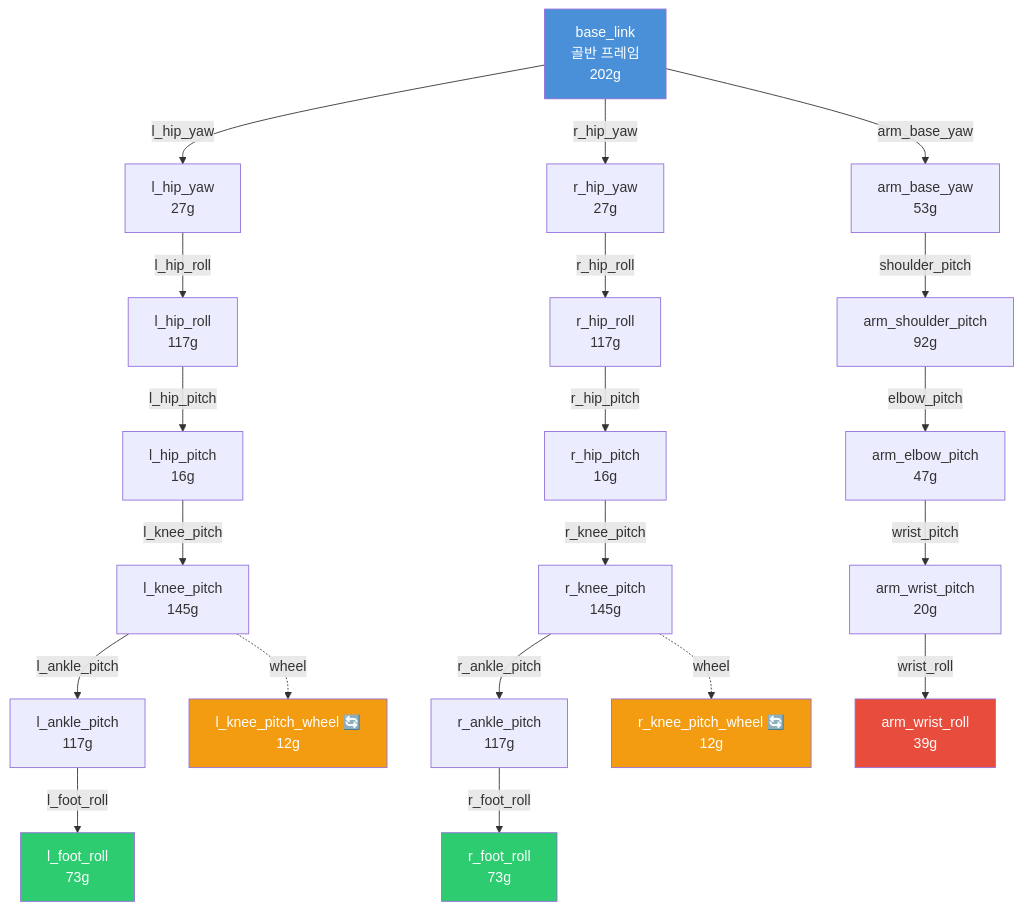
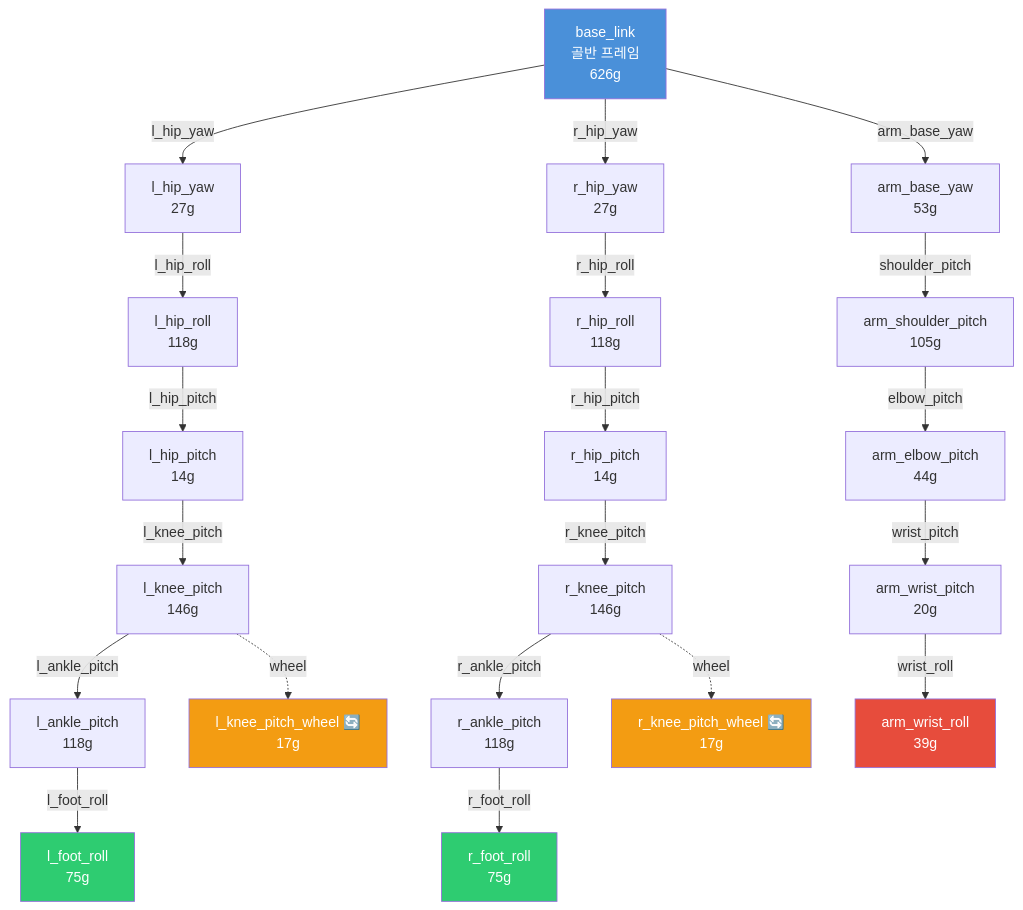
One commit to Do-ng-woo/biped_bike_robot changed the diagram in README.md. Above: the diagram before and after it, drawn with Mermaid. The commit also changed other lines of this file and 27 other files, not shown here.

````diff
--- a/README.md
+++ b/README.md
@@ -199,33 +353,33 @@
 ```mermaid
 graph TD
-    B["base_link<br/>골반 프레임<br/>202g"]
+    B["base_link<br/>골반 프레임<br/>626g"]
 
     B -->|l_hip_yaw| LHY["l_hip_yaw<br/>27g"]
-    LHY -->|l_hip_roll| LHR["l_hip_roll<br/>117g"]
-    LHR -->|l_hip_pitch| LHP["l_hip_pitch<br/>16g"]
-    LHP -->|l_knee_pitch| LK["l_knee_pitch<br/>145g"]
-    LK -->|l_ankle_pitch| LA["l_ankle_pitch<br/>117g"]
-    LA -->|l_foot_roll| LF["l_foot_roll<br/>73g"]
-    LK -.->|wheel| LKW["l_knee_pitch_wheel 🔄<br/>12g"]
+    LHY -->|l_hip_roll| LHR["l_hip_roll<br/>118g"]
+    LHR -->|l_hip_pitch| LHP["l_hip_pitch<br/>14g"]
+    LHP -->|l_knee_pitch| LK["l_knee_pitch<br/>146g"]
+    LK -->|l_ankle_pitch| LA["l_ankle_pitch<br/>118g"]
+    LA -->|l_foot_roll| LF["l_foot_roll<br/>75g"]
+    LK -.->|wheel| LKW["l_knee_pitch_wheel 🔄<br/>17g"]
 
     B -->|r_hip_yaw| RHY["r_hip_yaw<br/>27g"]
-    RHY -->|r_hip_roll| RHR["r_hip_roll<br/>117g"]
-    RHR -->|r_hip_pitch| RHP["r_hip_pitch<br/>16g"]
-    RHP -->|r_knee_pitch| RK["r_knee_pitch<br/>145g"]
-    RK -->|r_ankle_pitch| RA["r_ankle_pitch<br/>117g"]
-    RA -->|r_foot_roll| RF["r_foot_roll<br/>73g"]
-    RK -.->|wheel| RKW["r_knee_pitch_wheel 🔄<br/>12g"]
+    RHY -->|r_hip_roll| RHR["r_hip_roll<br/>118g"]
+    RHR -->|r_hip_pitch| RHP["r_hip_pitch<br/>14g"]
+    RHP -->|r_knee_pitch| RK["r_knee_pitch<br/>146g"]
+    RK -->|r_ankle_pitch| RA["r_ankle_pitch<br/>118g"]
+    RA -->|r_foot_roll| RF["r_foot_roll<br/>75g"]
+    RK -.->|wheel| RKW["r_knee_pitch_wheel 🔄<br/>17g"]
 
     B -->|arm_base_yaw| ABY["arm_base_yaw<br/>53g"]
-    ABY -->|shoulder_pitch| ASP["arm_shoulder_pitch<br/>92g"]
-    ASP -->|elbow_pitch| AEP["arm_elbow_pitch<br/>47g"]
+    ABY -->|shoulder_pitch| ASP["arm_shoulder_pitch<br/>105g"]
+    ASP -->|elbow_pitch| AEP["arm_elbow_pitch<br/>44g"]
     AEP -->|wrist_pitch| AWP["arm_wrist_pitch<br/>20g"]
     AWP -->|wrist_roll| AWR["arm_wrist_roll<br/>39g"]
 
     style B fill:#4a90d9,color:#fff
     style LF fill:#2ecc71,color:#fff
     style RF fill:#2ecc71,color:#fff
     style AWR fill:#e74c3c,color:#fff
     style LKW fill:#f39c12,color:#fff
     style RKW fill:#f39c12,color:#fff
 ```
````
